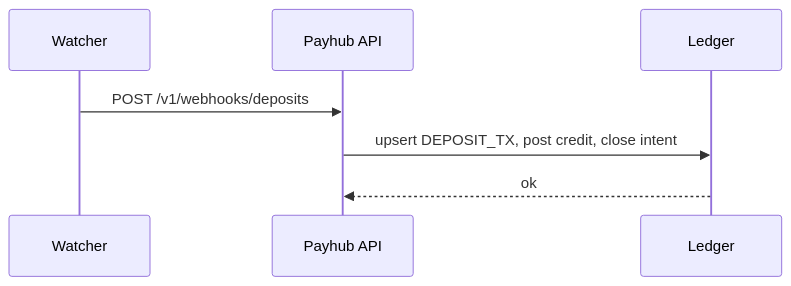
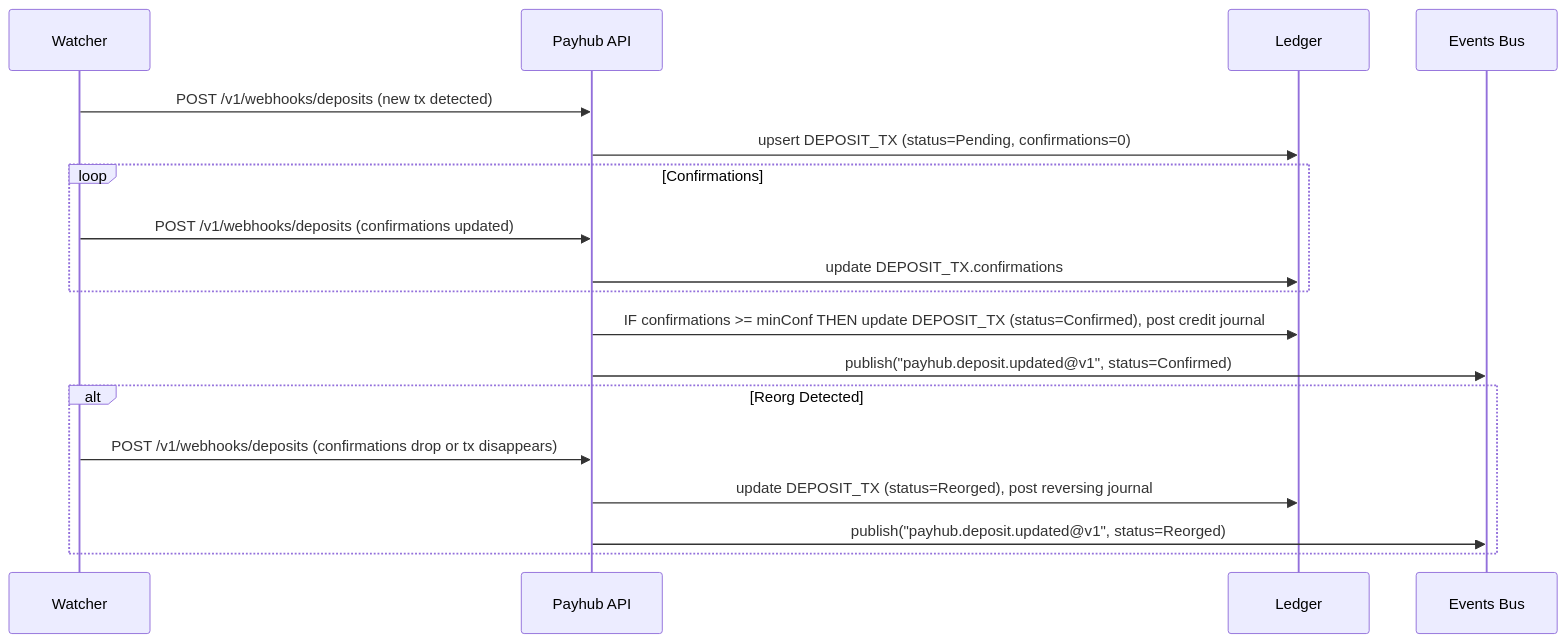
The fourth of 7 diagrams in SystemDesign.md (bkkac/tg-miniapp-payhub-service), drawn with Mermaid before and after one commit. The commit also changed other lines of this file, not shown here.

````diff
--- a/SystemDesign.md
+++ b/SystemDesign.md
@@ -1000,9 +1035,24 @@
 ```mermaid
 sequenceDiagram
   participant W as Watcher
   participant PH as Payhub API
   participant DB as Ledger
-  W->>PH: POST /v1/webhooks/deposits
-  PH->>DB: upsert DEPOSIT_TX, post credit, close intent
-  DB-->>PH: ok
+  participant EVT as Events Bus
+
+  W->>PH: POST /v1/webhooks/deposits (new tx detected)
+  PH->>DB: upsert DEPOSIT_TX (status=Pending, confirmations=0)
+  
+  loop Confirmations
+    W->>PH: POST /v1/webhooks/deposits (confirmations updated)
+    PH->>DB: update DEPOSIT_TX.confirmations
+  end
+
+  PH->>DB: IF confirmations >= minConf THEN update DEPOSIT_TX (status=Confirmed), post credit journal
+  PH->>EVT: publish("payhub.deposit.updated@v1", status=Confirmed)
+  
+  alt Reorg Detected
+    W->>PH: POST /v1/webhooks/deposits (confirmations drop or tx disappears)
+    PH->>DB: update DEPOSIT_TX (status=Reorged), post reversing journal
+    PH->>EVT: publish("payhub.deposit.updated@v1", status=Reorged)
+  end
 ```
````
